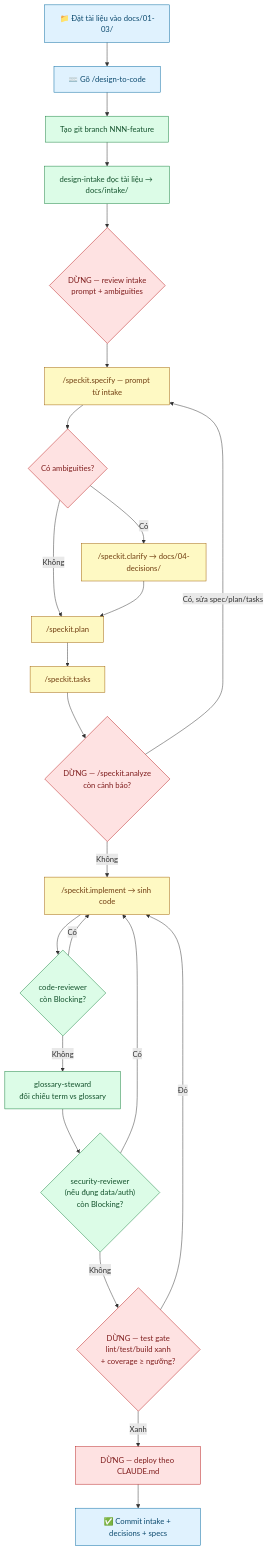
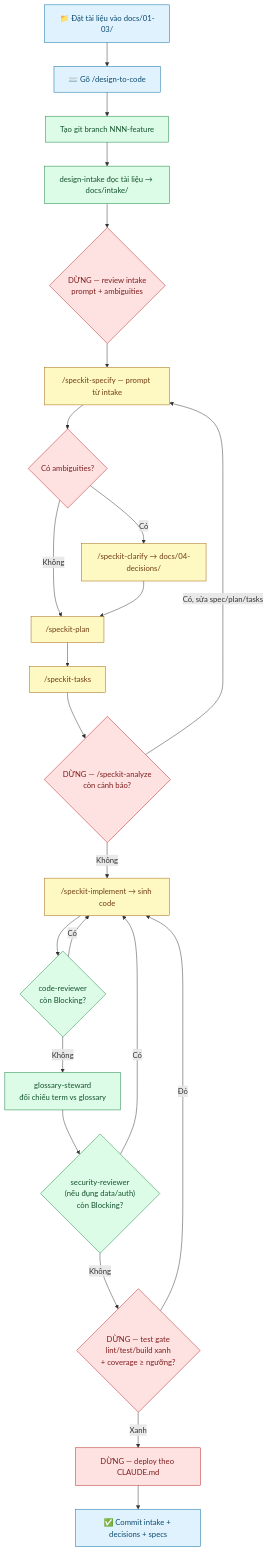
Before and after one commit to hoanghainh1188/spec-driven-jp: the diagram in README.md, drawn with Mermaid. The commit also changed other lines of this file and 15 other files, not shown here.

````diff
--- a/README.md
+++ b/README.md
@@ -110,30 +110,30 @@
 ```mermaid
 flowchart TD
     A["📁 Đặt tài liệu vào docs/01-03/"]:::user --> B["⌨️ Gõ /design-to-code"]:::user
     B --> C["Tạo git branch NNN-feature"]:::auto
     C --> D["design-intake đọc tài liệu → docs/intake/"]:::auto
     D --> E{"DỪNG — review intake<br/>prompt + ambiguities"}:::stop
-    E --> F["/speckit.specify — prompt từ intake"]:::handoff
+    E --> F["/speckit-specify — prompt từ intake"]:::handoff
     F --> G{"Có ambiguities?"}:::stop
-    G -- Có --> H["/speckit.clarify → docs/04-decisions/"]:::handoff
-    G -- Không --> I["/speckit.plan"]:::handoff
+    G -- Có --> H["/speckit-clarify → docs/04-decisions/"]:::handoff
+    G -- Không --> I["/speckit-plan"]:::handoff
     H --> I
-    I --> J["/speckit.tasks"]:::handoff
-    J --> K{"DỪNG — /speckit.analyze<br/>còn cảnh báo?"}:::stop
+    I --> J["/speckit-tasks"]:::handoff
+    J --> K{"DỪNG — /speckit-analyze<br/>còn cảnh báo?"}:::stop
     K -- Có, sửa spec/plan/tasks --> F
-    K -- Không --> L["/speckit.implement → sinh code"]:::handoff
+    K -- Không --> L["/speckit-implement → sinh code"]:::handoff
     L --> M{"code-reviewer<br/>còn Blocking?"}:::auto
     M -- Có --> L
     M -- Không --> Q["glossary-steward<br/>đối chiếu term vs glossary"]:::auto
     Q --> R{"security-reviewer<br/>(nếu đụng data/auth)<br/>còn Blocking?"}:::auto
     R -- Có --> L
     R -- Không --> N{"DỪNG — test gate<br/>lint/test/build xanh<br/>+ coverage ≥ ngưỡng?"}:::stop
     N -- Đỏ --> L
     N -- Xanh --> O["DỪNG — deploy theo CLAUDE.md"]:::stop
     O --> P["✅ Commit intake + decisions + specs"]:::user
 
     classDef user fill:#e0f2fe,stroke:#0369a1,color:#0c4a6e
     classDef auto fill:#dcfce7,stroke:#15803d,color:#14532d
     classDef handoff fill:#fef9c3,stroke:#a16207,color:#713f12
     classDef stop fill:#fee2e2,stroke:#b91c1c,color:#7f1d1d
 ```
````
